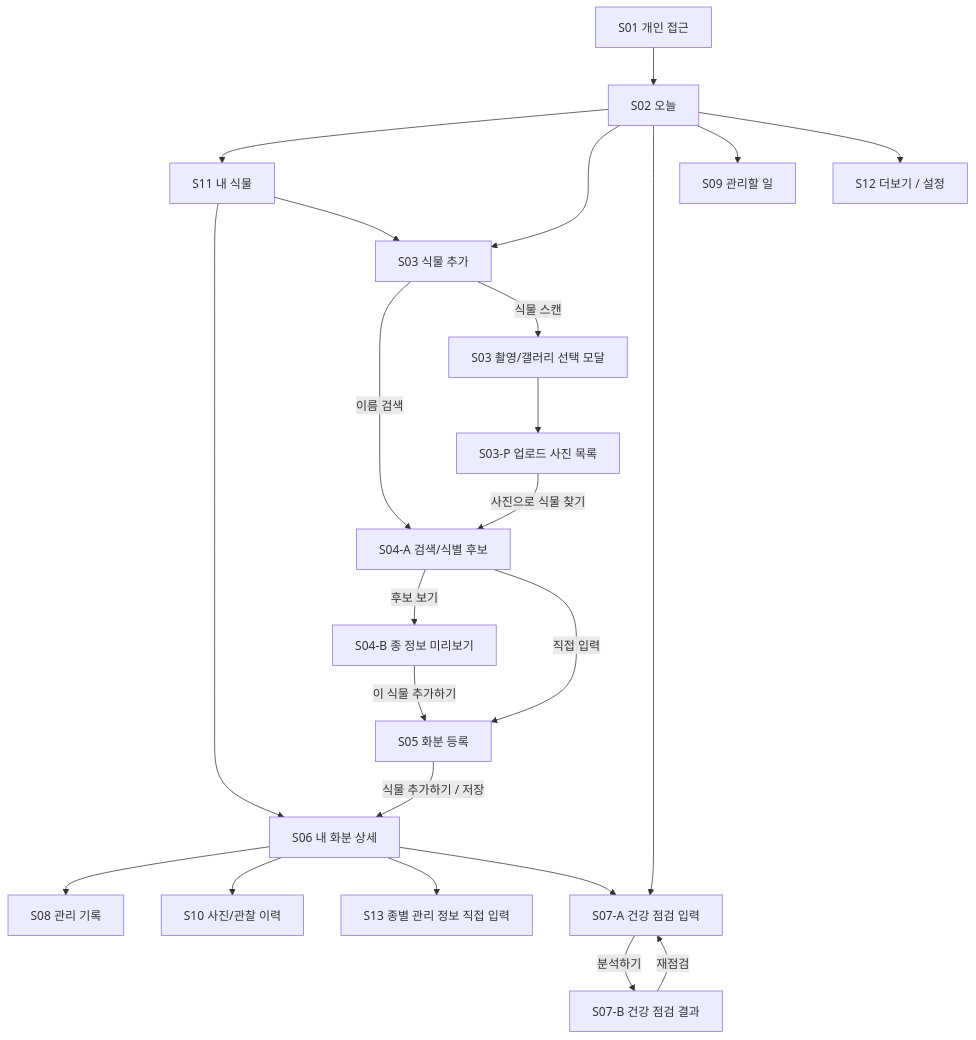
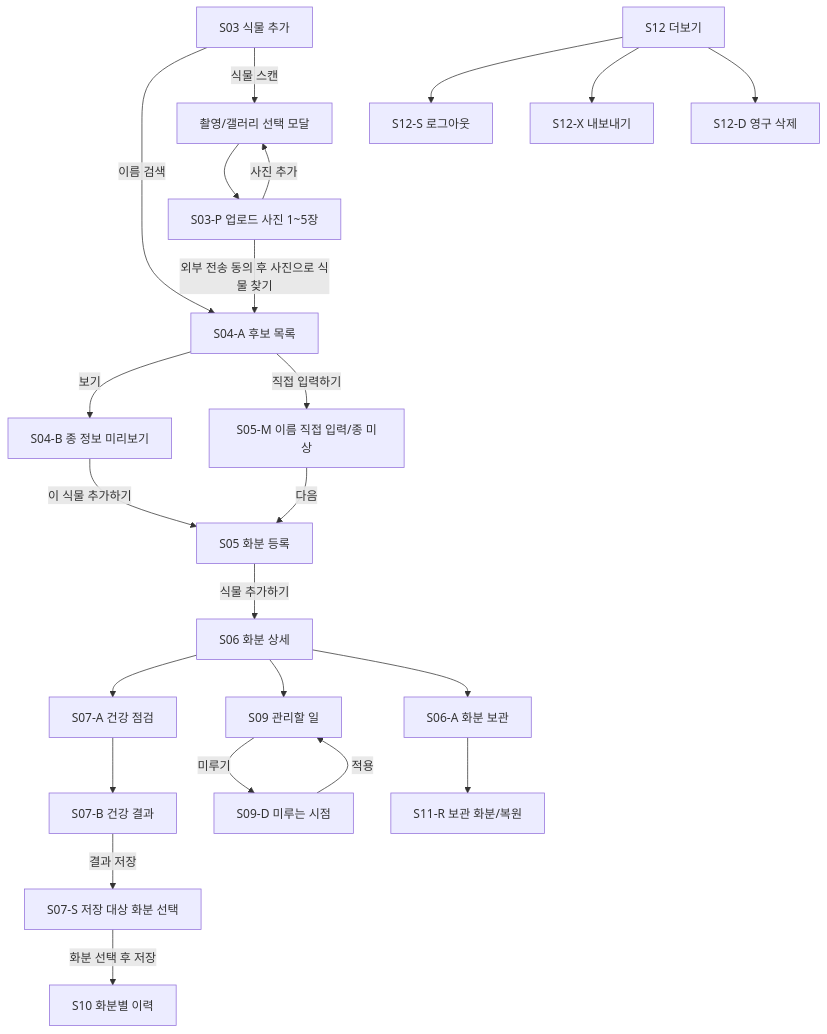
Before and after one commit to skiiilee/die-no-more: the diagram in docs/stage2/05-pc-mo-wireframe-snapshot.md, drawn with Mermaid. The commit also changed other lines of this file, not shown here.

````diff
--- a/docs/stage2/05-pc-mo-wireframe-snapshot.md
+++ b/docs/stage2/05-pc-mo-wireframe-snapshot.md
@@ -14,25 +65,25 @@
 ```mermaid
 flowchart TD
- S01["S01 개인 접근"] --> S02["S02 오늘"]
- S02 --> S11["S11 내 식물"]
- S02 --> S03["S03 식물 추가"]
- S02 --> S07A["S07-A 건강 점검 입력"]
- S02 --> S09["S09 관리할 일"]
- S11 --> S06["S06 내 화분 상세"]
- S11 --> S03
- S03 -->|"이름 검색"| S04A["S04-A 검색/식별 후보"]
- S03 -->|"식물 스캔"| Modal["S03 촬영/갤러리 선택 모달"]
- Modal --> S03P["S03-P 업로드 사진 목록"]
- S03P -->|"사진으로 식물 찾기"| S04A
- S04A -->|"후보 보기"| S04B["S04-B 종 정보 미리보기"]
- S04A -->|"직접 입력"| S05["S05 화분 등록"]
+ S03["S03 식물 추가"] -->|이름 검색| S04A["S04-A 후보 목록"]
+ S03 -->|"식물 스캔"| MODAL["촬영/갤러리 선택 모달"]
+ MODAL --> S03P["S03-P 업로드 사진 1~5장"]
+ S03P -->|"사진 추가"| MODAL
+ S03P -->|"외부 전송 동의 후 사진으로 식물 찾기"| S04A
+ S04A -->|"보기"| S04B["S04-B 종 정보 미리보기"]
+ S04A -->|"직접 입력하기"| S05M["S05-M 이름 직접 입력/종 미상"]
+ S05M -->|"다음"| S05["S05 화분 등록"]
  S04B -->|"이 식물 추가하기"| S05
- S05 -->|"식물 추가하기 / 저장"| S06
- S06 --> S08["S08 관리 기록"]
- S06 --> S10["S10 사진/관찰 이력"]
- S06 --> S13["S13 종별 관리 정보 직접 입력"]
- S06 --> S07A
- S07A -->|"분석하기"| S07B["S07-B 건강 점검 결과"]
- S07B -->|"재점검"| S07A
- S02 --> S12["S12 더보기 / 설정"]
+ S05 -->|"식물 추가하기"| S06["S06 화분 상세"]
+ S06 --> S07A["S07-A 건강 점검"]
+ S07A --> S07B["S07-B 건강 결과"]
+ S07B -->|"결과 저장"| S07S["S07-S 저장 대상 화분 선택"]
+ S07S -->|"화분 선택 후 저장"| S10["S10 화분별 이력"]
+ S06 --> S09["S09 관리할 일"]
+ S09 -->|"미루기"| S09D["S09-D 미루는 시점"]
+ S09D -->|"적용"| S09
+ S06 --> S06A["S06-A 화분 보관"]
+ S06A --> S11R["S11-R 보관 화분/복원"]
+ S12["S12 더보기"] --> S12S["S12-S 로그아웃"]
+ S12 --> S12X["S12-X 내보내기"]
+ S12 --> S12D["S12-D 영구 삭제"]
 ```
````
